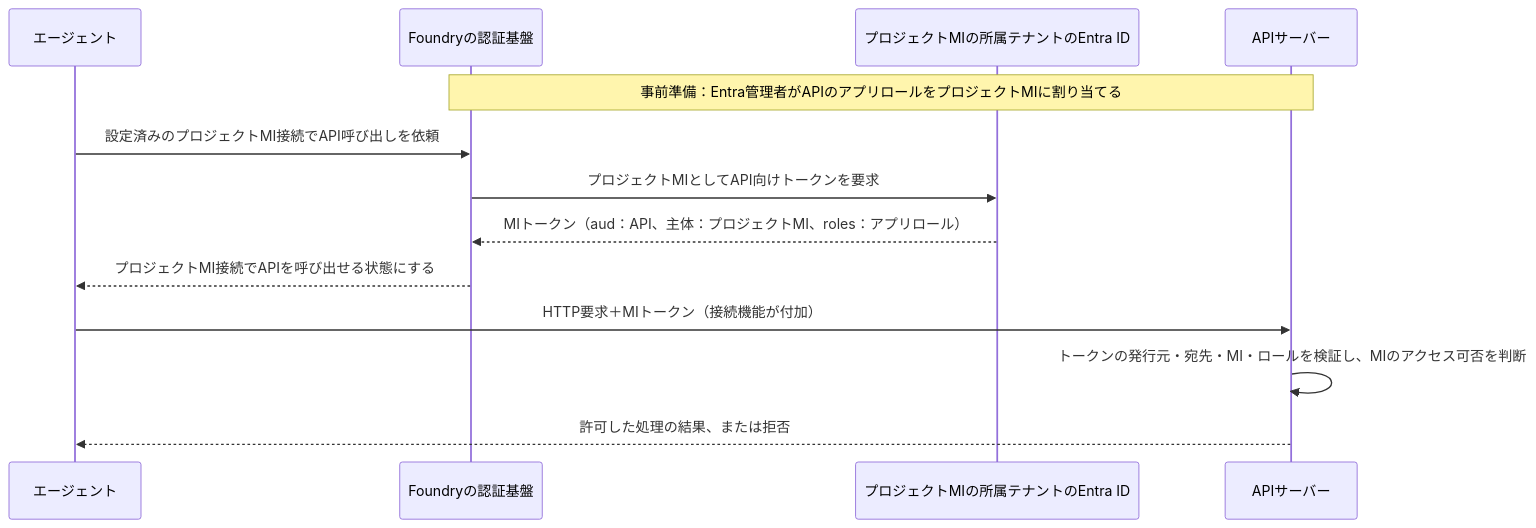
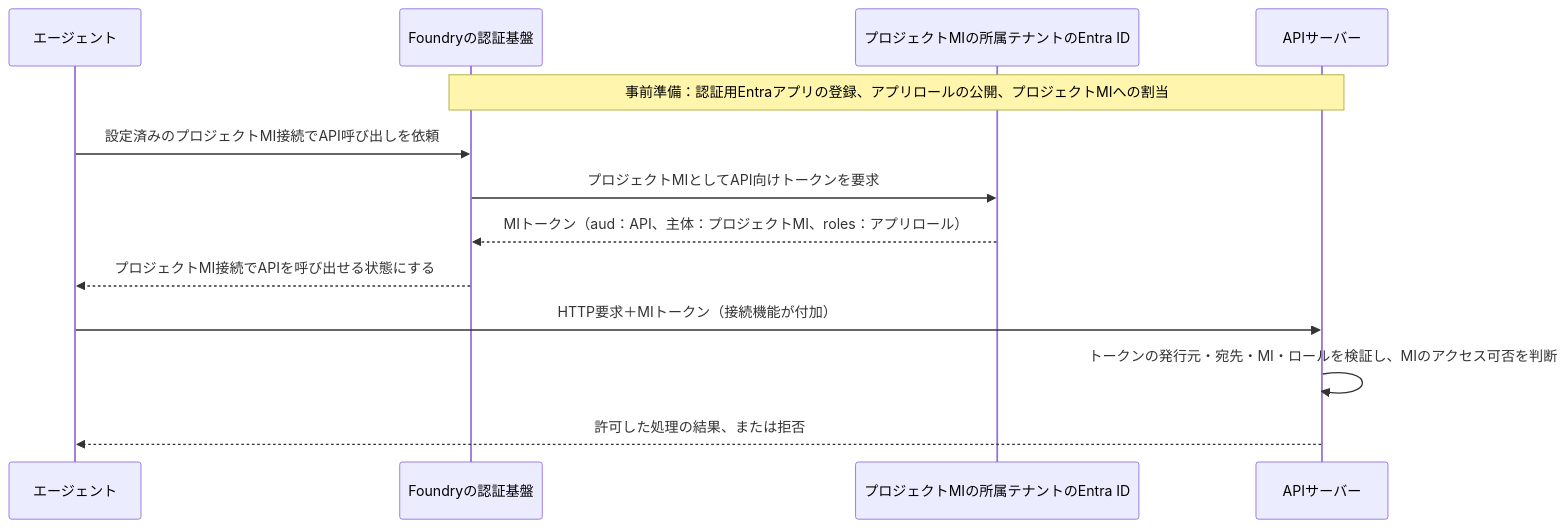
One commit to ketana0224/cross-tenant-obo changed the third of 3 diagrams in public/docs/API_HTTP_OpenAPIの基本.md. Above: the diagram before and after it, drawn with Mermaid. The commit also changed other lines of this file and 8 other files, not shown here.

````diff
--- a/public/docs/API_HTTP_OpenAPIの基本.md
+++ b/public/docs/API_HTTP_OpenAPIの基本.md
@@ -131,16 +131,16 @@
 ```mermaid
 sequenceDiagram
     participant Agent as エージェント
     participant Auth as Foundryの認証基盤
     participant Entra as プロジェクトMIの所属テナントのEntra ID
     participant API as APIサーバー
 
-    Note over Auth,API: 事前準備：Entra管理者がAPIのアプリロールをプロジェクトMIに割り当てる
+    Note over Auth,API: 事前準備：認証用Entraアプリの登録、アプリロールの公開、プロジェクトMIへの割当
     Agent->>Auth: 設定済みのプロジェクトMI接続でAPI呼び出しを依頼
     Auth->>Entra: プロジェクトMIとしてAPI向けトークンを要求
     Entra-->>Auth: MIトークン（aud：API、主体：プロジェクトMI、roles：アプリロール）
     Auth-->>Agent: プロジェクトMI接続でAPIを呼び出せる状態にする
     Agent->>API: HTTP要求＋MIトークン（接続機能が付加）
     API->>API: トークンの発行元・宛先・MI・ロールを検証し、MIのアクセス可否を判断
     API-->>Agent: 許可した処理の結果、または拒否
 ```
````
